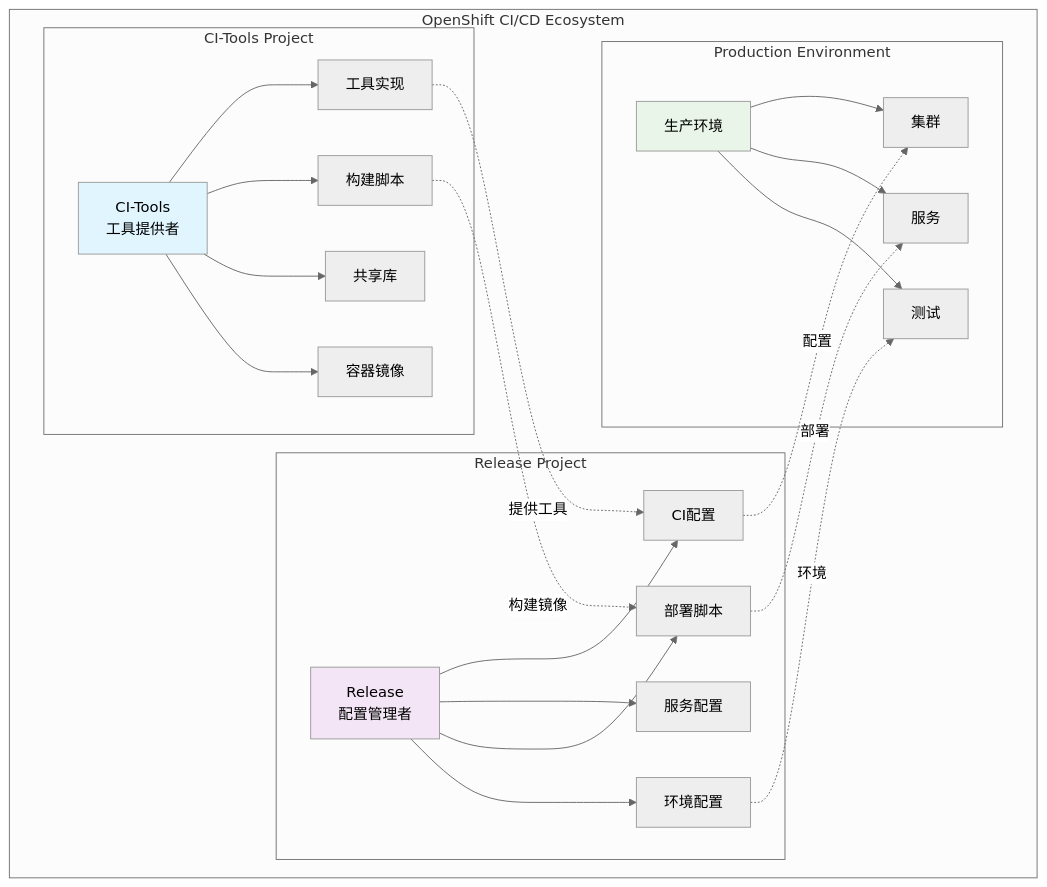
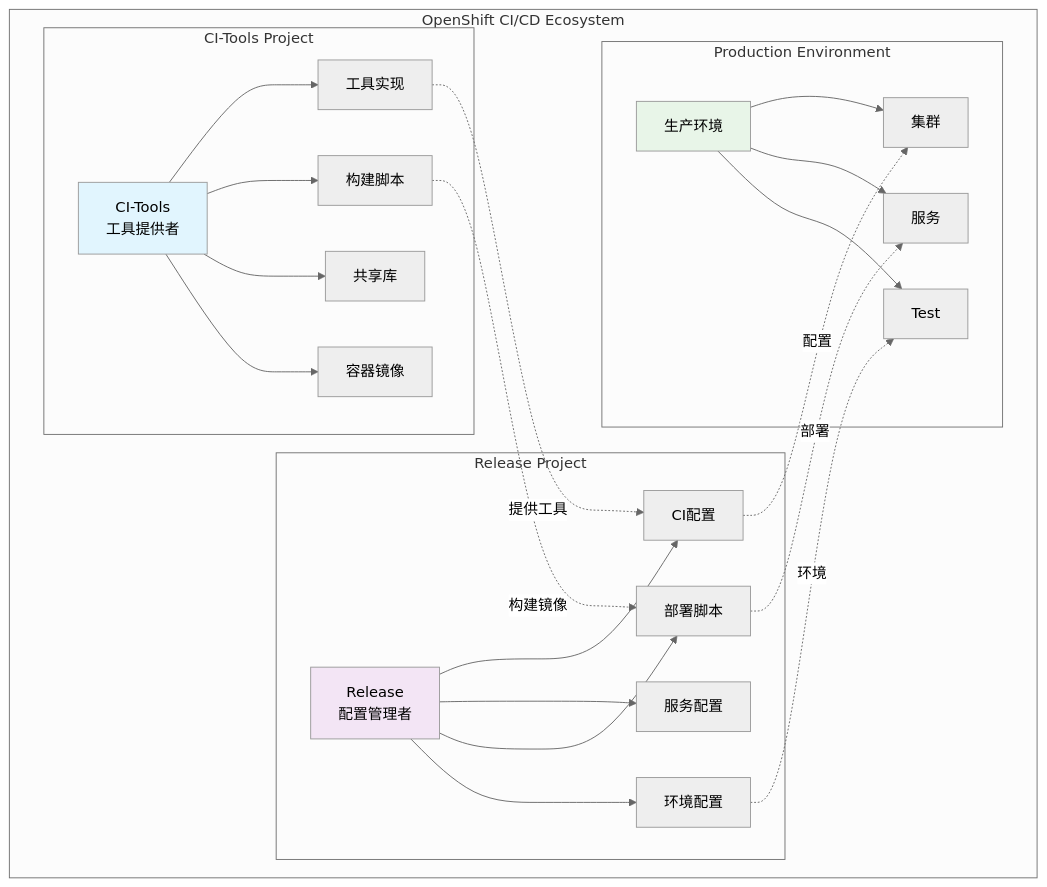
Before and after one commit to liweinan/deepseek-answers: the first of 6 diagrams in files/ci-tools-vs-release.md, drawn with Mermaid (neutral theme). The commit also changed other lines of this file and 135 other files, not shown here.

````diff
--- a/files/ci-tools-vs-release.md
+++ b/files/ci-tools-vs-release.md
@@ -9,51 +9,51 @@
 ```mermaid
 graph TB
     subgraph "OpenShift CI/CD Ecosystem"
         subgraph "CI-Tools Project"
             CT[CI-Tools<br/>工具提供者]
             CT_T[工具实现]
             CT_B[构建脚本]
             CT_L[共享库]
             CT_I[容器镜像]
             
             CT --> CT_T
             CT --> CT_B
             CT --> CT_L
             CT --> CT_I
         end
         
         subgraph "Release Project"
             RP[Release<br/>配置管理者]
             RP_C[CI配置]
             RP_S[服务配置]
             RP_D[部署脚本]
             RP_E[环境配置]
             
             RP --> RP_C
             RP --> RP_S
             RP --> RP_D
             RP --> RP_E
         end
         
         subgraph "Production Environment"
             PE[生产环境]
             PE_C[集群]
             PE_S[服务]
-            PE_T[测试]
+            PE_T[Test]
             
             PE --> PE_C
             PE --> PE_S
             PE --> PE_T
         end
     end
     
     CT_T -.->|提供工具| RP_C
     CT_B -.->|构建镜像| RP_D
     RP_C -.->|配置| PE_C
     RP_D -.->|部署| PE_S
     RP_E -.->|环境| PE_T
     
     style CT fill:#e1f5fe
     style RP fill:#f3e5f5
     style PE fill:#e8f5e8
 ```
````
